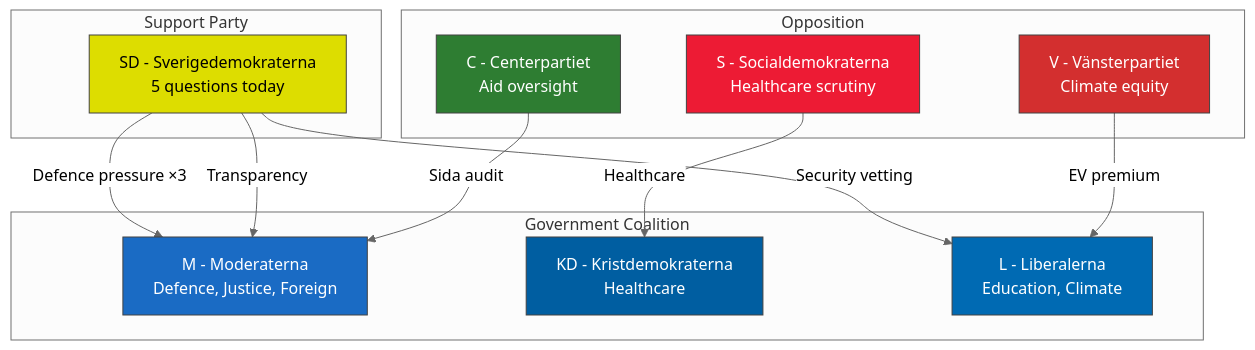
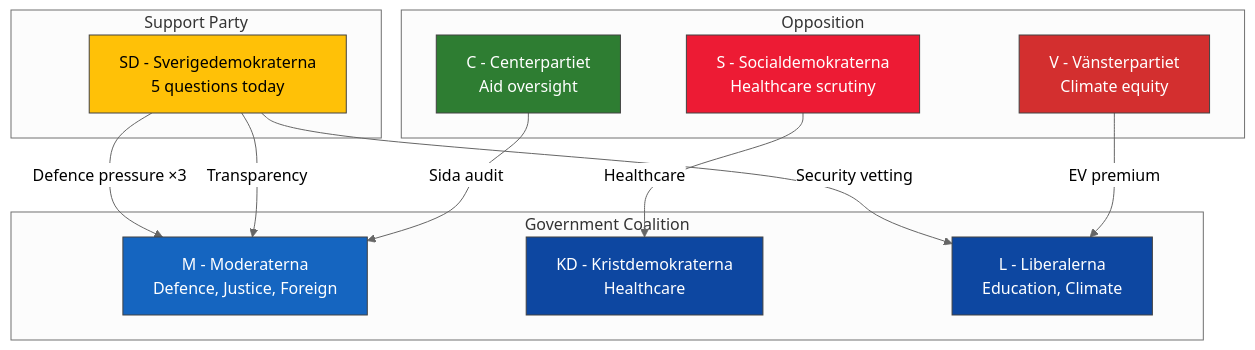
The diagram in analysis/daily/2026-04-08/realtime-1027/stakeholder-perspectives.md (Hack23/riksdagsmonitor), drawn with Mermaid (neutral theme) before and after one commit. The commit also changed 121 other files, not shown here.

````diff
--- a/analysis/daily/2026-04-08/realtime-1027/stakeholder-perspectives.md
+++ b/analysis/daily/2026-04-08/realtime-1027/stakeholder-perspectives.md
@@ -10,33 +10,33 @@
 ```mermaid
 graph TB
     subgraph "Government Coalition"
         M["M - Moderaterna<br/>Defence, Justice, Foreign"]
         KD["KD - Kristdemokraterna<br/>Healthcare"]
         L["L - Liberalerna<br/>Education, Climate"]
     end
     
     subgraph "Support Party"
         SD["SD - Sverigedemokraterna<br/>5 questions today"]
     end
     
     subgraph "Opposition"
         S["S - Socialdemokraterna<br/>Healthcare scrutiny"]
         V["V - Vänsterpartiet<br/>Climate equity"]
         C["C - Centerpartiet<br/>Aid oversight"]
     end
     
     SD -->|"Defence pressure ×3"| M
     SD -->|"Security vetting"| L
     SD -->|"Transparency"| M
     S -->|"Healthcare"| KD
     V -->|"EV premium"| L
     C -->|"Sida audit"| M
     
-    style M fill:#1a6bc4,stroke:#424242,color:#FFFFFF
-    style KD fill:#005ea1,stroke:#424242,color:#FFFFFF
-    style L fill:#006ab3,stroke:#424242,color:#FFFFFF
-    style SD fill:#dddd00,stroke:#424242,color:#000000
+    style M fill:#1565C0,stroke:#424242,color:#FFFFFF
+    style KD fill:#0D47A1,stroke:#424242,color:#FFFFFF
+    style L fill:#0D47A1,stroke:#424242,color:#FFFFFF
+    style SD fill:#FFC107,stroke:#424242,color:#000000
     style S fill:#ed1b34,stroke:#424242,color:#FFFFFF
     style V fill:#D32F2F,stroke:#424242,color:#FFFFFF
     style C fill:#2E7D32,stroke:#424242,color:#FFFFFF
 ```
````
